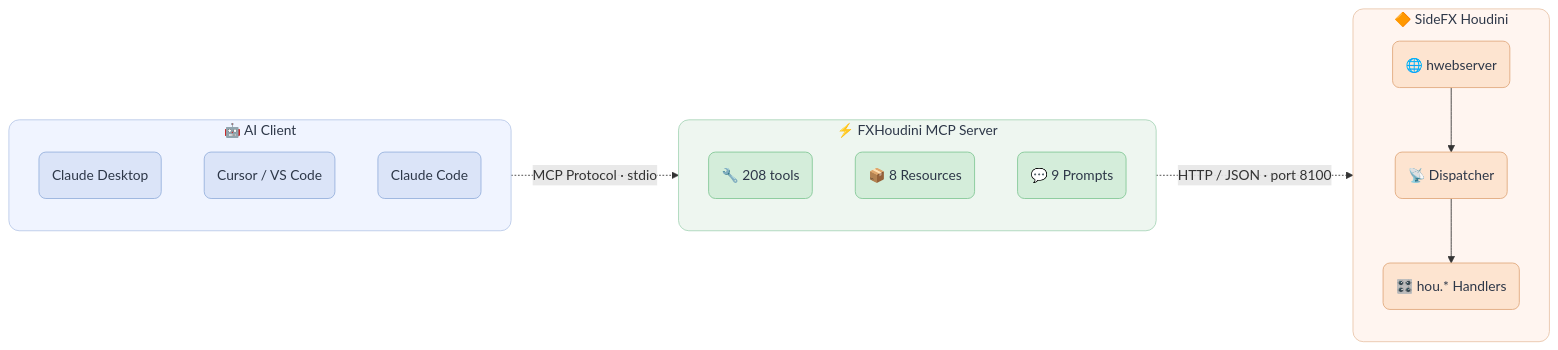
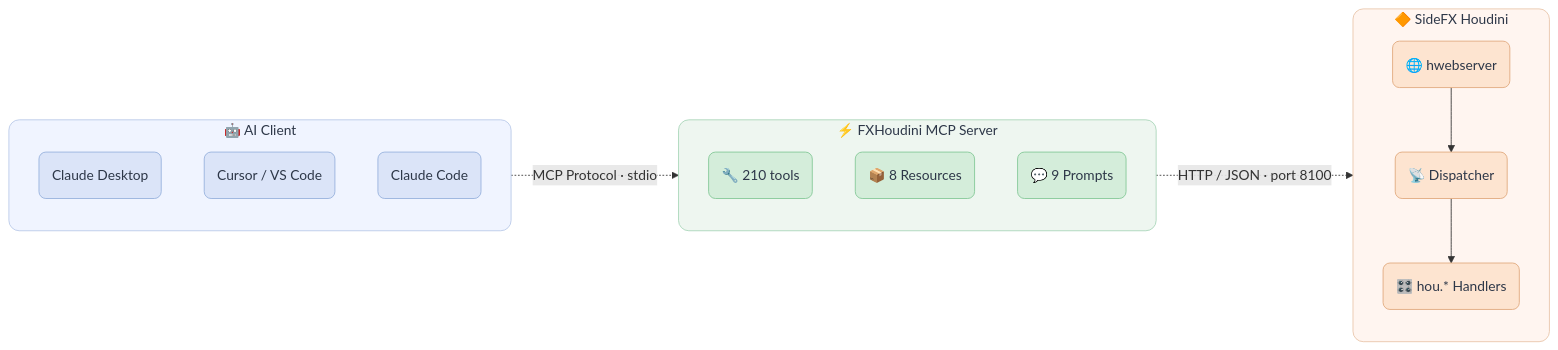
One commit to d-potrivaev/fxhoudinimcp changed the diagram in README.md. Above: the diagram before and after it, drawn with Mermaid. The commit also changed other lines of this file and 9 other files, not shown here.

````diff
--- a/README.md
+++ b/README.md
@@ -80,42 +80,42 @@
 ```mermaid
 flowchart LR
     subgraph Client[" 🤖 AI Client "]
         direction TB
         A1("Claude Desktop")
         A2("Cursor / VS Code")
         A3("Claude Code")
     end
 
     subgraph MCP[" ⚡ FXHoudini MCP Server "]
         direction TB
-        B1("🔧 208 tools")
+        B1("🔧 210 tools")
         B2("📦 8 Resources")
         B3("💬 9 Prompts")
     end
 
     subgraph Houdini[" 🔶 SideFX Houdini "]
         direction TB
         C1("🌐 hwebserver")
         C2("📡 Dispatcher")
         C3("🎛️ hou.* Handlers")
         C1 --> C2 --> C3
     end
 
     Client -. "MCP Protocol · stdio" .-> MCP
     MCP -. "HTTP / JSON · port 8100" .-> Houdini
 
     classDef clientBox fill:#f0f4ff,stroke:#b8c9e8,stroke-width:1px,color:#2d3748,rx:12,ry:12
     classDef mcpBox fill:#eef6f0,stroke:#a8d5b8,stroke-width:1px,color:#2d3748,rx:12,ry:12
     classDef houdiniBox fill:#fff5f0,stroke:#e8c4a8,stroke-width:1px,color:#2d3748,rx:12,ry:12
 
     classDef clientNode fill:#dbe4f8,stroke:#96b0dc,stroke-width:1px,color:#2d3748,rx:8,ry:8
     classDef mcpNode fill:#d4edda,stroke:#82c896,stroke-width:1px,color:#2d3748,rx:8,ry:8
     classDef houdiniNode fill:#fde4d0,stroke:#e0a87c,stroke-width:1px,color:#2d3748,rx:8,ry:8
 
     class Client clientBox
     class MCP mcpBox
     class Houdini houdiniBox
     class A1,A2,A3 clientNode
     class B1,B2,B3 mcpNode
     class C1,C2,C3 houdiniNode
 ```
````
